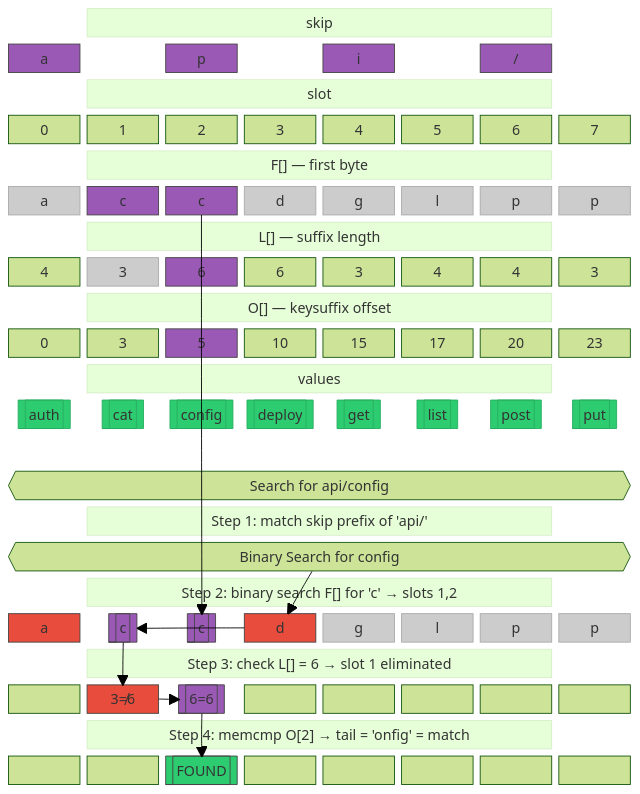
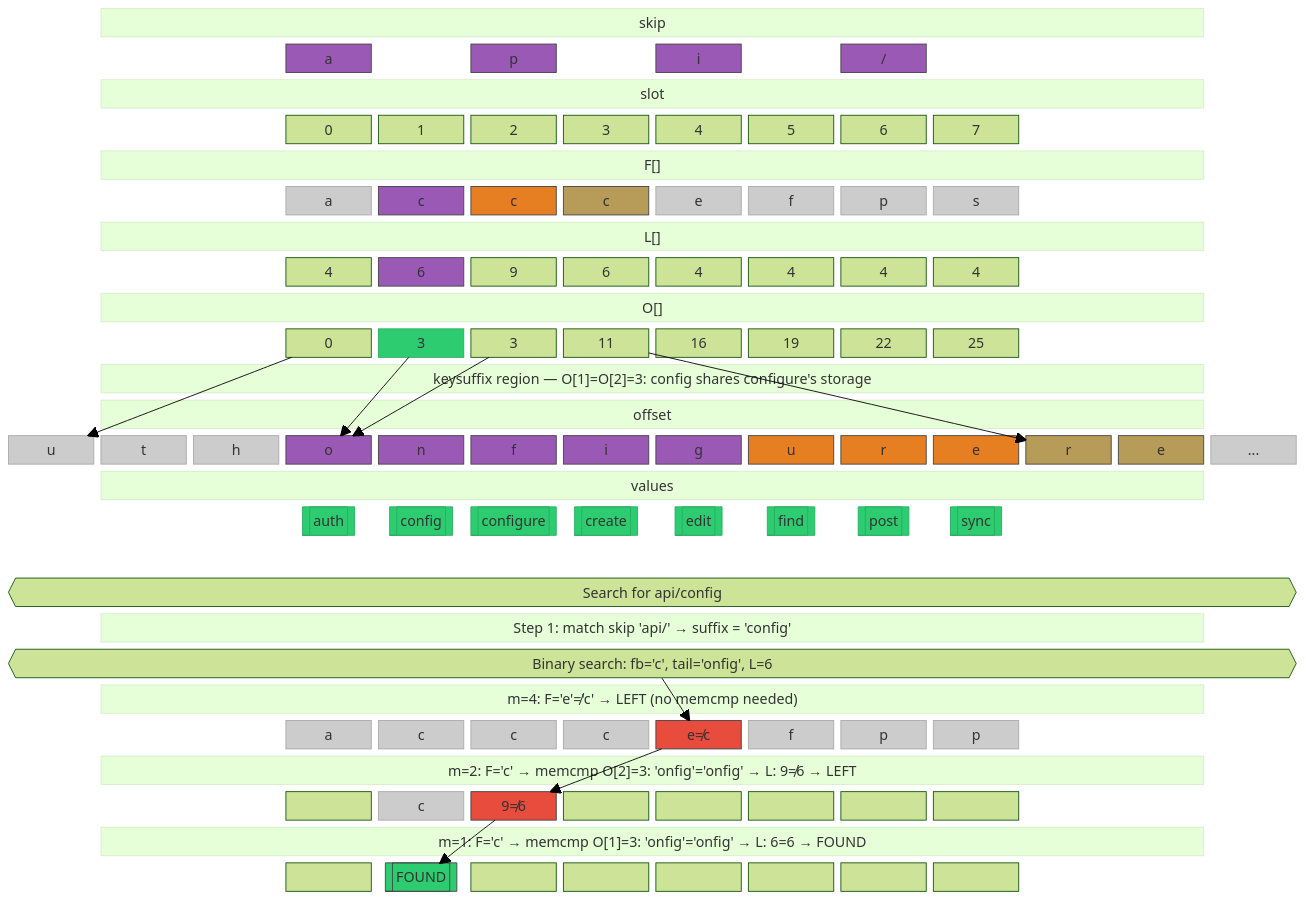
One commit to glennteitelbaum/KTRIE changed diagram 15 of 15 in ktrie.md. Above: the diagram before and after it, drawn with Mermaid (forest theme). The commit also changed other lines of this file, not shown here.

````diff
--- a/ktrie.md
+++ b/ktrie.md
@@ -1759,108 +1759,121 @@
 ```mermaid
 block
-  columns 8
+  columns 14
 
   space
-  block:skip_title("skip"):6
+  block:skip_title("skip"):12
     space
   end
   space
-  k0["a"] space k1["p"] space k2["i"] space k3["/"] space
+  space space space sk0["a"] space sk1["p"] space sk2["i"] space sk3["/"] space space space space
 
   space
-  block:slot_title("slot"):6
+  block:slot_title("slot"):12
     space
   end
   space
-  s0["0"] s1["1"] s2["2"] s3["3"] s4["4"] s5["5"] s6["6"] s7["7"]
+  space space space s0["0"] s1["1"] s2["2"] s3["3"] s4["4"] s5["5"] s6["6"] s7["7"] space space space
 
   space
-  block:f_title("F[] — first byte"):6
+  block:f_title("F[]"):12
     space
   end
   space
-  f0["a"] f1["c"] f2["c"] f3["d"] f4["g"] f5["l"] f6["p"] f7["p"]
+  space space space f0["a"] f1["c"] f2["c"] f3["c"] f4["e"] f5["f"] f6["p"] f7["s"] space space space
 
   space
-  block:l_title("L[] — suffix length"):6
+  block:l_title("L[]"):12
     space
   end
   space
-  l0["4"] l1["3"] l2["6"] l3["6"] l4["3"] l5["4"] l6["4"] l7["3"]
+  space space space l0["4"] l1["6"] l2["9"] l3["6"] l4["4"] l5["4"] l6["4"] l7["4"] space space space
 
   space
-  block:o_title("O[] — keysuffix offset"):6
+  block:o_title("O[]"):12
     space
   end
   space
-  o0["0"] o1["3"] o2["5"] o3["10"] o4["15"] o5["17"] o6["20"] o7["23"]
+  space space space o0["0"] o1["3"] o2["3"] o3["11"] o4["16"] o5["19"] o6["22"] o7["25"] space space space
 
   space
-  block:v_title("values"):6
-    space
-  end
-  space
-  v0[["auth"]] v1[["cat"]] v2[["config"]] v3[["deploy"]] v4[["get"]] v5[["list"]] v6[["post"]] v7[["put"]]
-
-  space:8
-
-  strt{{"Search for api/config"}}:8
-
-  space
-  block:skipped_title("Step 1: match skip prefix of 'api/'"):6
+  block:ks_title("keysuffix region — O[1]=O[2]=3: config shares configure's storage"):12
     space
   end
   space
 
-  srch{{"Binary Search for config"}}:8
+    space
+    block:ks_hdr("offset"):12
+      space
+    end
+    space
+    ks0["u"] ks1["t"] ks2["h"] ks3["o"] ks4["n"] ks5["f"] ks6["i"] ks7["g"] ks8["u"] ks9["r"] ks10["e"] ks11["r"] ks12["e"] ks13["..."]
 
-  space
-  block:step1_title("Step 2: binary search F[] for 'c' → slots 1,2"):6
+    space
+  block:v_title("values"):12
     space
   end
   space
-  e1_0["a"] e1_1[["c"]] e1_2[["c"]] e1_3["d"] e1_4["g"] e1_5["l"] e1_6["p"] e1_7["p"]
+  space space space v0[["auth"]] v1[["config"]] v2[["configure"]] v3[["create"]] v4[["edit"]] v5[["find"]] v6[["post"]] v7[["sync"]] space space space
+
+  space:14
+
+  strt{{"Search for api/config"}}:14
 
   space
-  block:step2_title("Step 3: check L[] = 6 → slot 1 eliminated"):6
+  block:skipped_title("Step 1: match skip 'api/' → suffix = 'config'"):12
     space
   end
   space
-  e2_0[" "] e2_1["3≠6"] e2_2[["6=6"]] e2_3[" "] e2_4[" "] e2_5[" "] e2_6[" "] e2_7[" "]
+
+  srch{{"Binary search: fb='c', tail='onfig', L=6"}}:14
 
   space
-  block:step3_title("Step 4: memcmp O[2] → tail = 'onfig' = match"):6
+  block:step1_title("m=4: F='e'≠'c' → LEFT (no memcmp needed)"):12
     space
   end
   space
-  e3_0[" "] e3_1[" "] e3_2[["FOUND"]] e3_3[" "] e3_4[" "] e3_5[" "] e3_6[" "] e3_7[" "]
+  space space space e1_0["a"] e1_1["c"] e1_2["c"] e1_3["c"] e1_4["e≠c"] e1_5["f"] e1_6["p"] e1_7["p"] space space space
 
-  f2 --> e1_2
+  space
+  block:step2_title("m=2: F='c' → memcmp O[2]=3: 'onfig'='onfig' → L: 9≠6 → LEFT"):12
+    space
+  end
+  space
+  space space space e2_0[" "] e2_1["c"] e2_2["9≠6"] e2_3[" "] e2_4[" "] e2_5[" "] e2_6[" "] e2_7[" "] space space space
 
-  srch --> e1_3
-  e1_3 --> e1_1
-  e1_1 --> e2_1
-  e2_1 --> e2_2
-  e2_2 --> e3_2
+  space
+  block:step3_title("m=1: F='c' → memcmp O[1]=3: 'onfig'='onfig' → L: 6=6 → FOUND"):12
+    space
+  end
+  space
+  space space space e3_0[" "] e3_1[["FOUND"]] e3_2[" "] e3_3[" "] e3_4[" "] e3_5[" "] e3_6[" "] e3_7[" "] space space space
 
-  style k0 fill:#9b59b6,color:#fff,stroke:#444444
-  style k1 fill:#9b59b6,color:#fff,stroke:#444444
-  style k2 fill:#9b59b6,color:#fff,stroke:#444444
-  style k3 fill:#9b59b6,color:#fff,stroke:#444444
+  srch --> e1_4
+  e1_4 --> e2_2
+  e2_2 --> e3_1
+
+  o0 --> ks0
+  o1 --> ks3
+  o2 --> ks3
+  o3 --> ks11
+
+  style sk0 fill:#9b59b6,color:#fff,stroke:#444444
+  style sk1 fill:#9b59b6,color:#fff,stroke:#444444
+  style sk2 fill:#9b59b6,color:#fff,stroke:#444444
+  style sk3 fill:#9b59b6,color:#fff,stroke:#444444
 
   style f0 fill:#ccc,color:#666,stroke:#aaa
   style f1 fill:#9b59b6,color:#fff,stroke:#444444
-  style f2 fill:#9b59b6,color:#fff,stroke:#444444
-  style f3 fill:#ccc,color:#666,stroke:#aaa
+  style f2 fill:#e67e22,color:#fff,stroke:#444444
+  style f3 fill:#b69b59,color:#fff,stroke:#444444
   style f4 fill:#ccc,color:#666,stroke:#aaa
   style f5 fill:#ccc,color:#666,stroke:#aaa
   style f6 fill:#ccc,color:#666,stroke:#aaa
   style f7 fill:#ccc,color:#666,stroke:#aaa
 
-  style l1 fill:#ccc,color:#666,stroke:#aaa
-  style l2 fill:#9b59b6,color:#fff,stroke:#444444
+  style l1 fill:#9b59b6,color:#fff,stroke:#444444
 
-  style o2 fill:#9b59b6,color:#fff,stroke:#444444
+  style o1 fill:#2ecc71,color:#fff,stroke:#27ae60
 
   style v0 fill:#2ecc71,color:#fff,stroke:#27ae60
   style v1 fill:#2ecc71,color:#fff,stroke:#27ae60
@@ -1871,17 +1884,32 @@
   style v6 fill:#2ecc71,color:#fff,stroke:#27ae60
   style v7 fill:#2ecc71,color:#fff,stroke:#27ae60
 
-  style e1_0 fill:#e74c3c,color:#fff,stroke:#444444
-  style e1_1 fill:#9b59b6,color:#fff,stroke:#444444
-  style e1_2 fill:#9b59b6,color:#fff,stroke:#444444
-  style e1_3 fill:#e74c3c,color:#fff,stroke:#444444
-  style e1_4 fill:#ccc,color:#666,stroke:#aaa
+  style ks0 fill:#ccc,color:#666,stroke:#aaa
+  style ks1 fill:#ccc,color:#666,stroke:#aaa
+  style ks2 fill:#ccc,color:#666,stroke:#aaa
+  style ks3 fill:#9b59b6,color:#fff,stroke:#444444
+  style ks4 fill:#9b59b6,color:#fff,stroke:#444444
+  style ks5 fill:#9b59b6,color:#fff,stroke:#444444
+  style ks6 fill:#9b59b6,color:#fff,stroke:#444444
+  style ks7 fill:#9b59b6,color:#fff,stroke:#444444
+  style ks8 fill:#e67e22,color:#fff,stroke:#444444
+  style ks9 fill:#e67e22,color:#fff,stroke:#444444
+  style ks10 fill:#e67e22,color:#fff,stroke:#444444
+  style ks11 fill:#b69b59,color:#fff,stroke:#444444
+  style ks12 fill:#b69b59,color:#fff,stroke:#444444
+  style ks13 fill:#ccc,color:#666,stroke:#aaa
+
+  style e1_0 fill:#ccc,color:#666,stroke:#aaa
+  style e1_1 fill:#ccc,color:#666,stroke:#aaa
+  style e1_2 fill:#ccc,color:#666,stroke:#aaa
+  style e1_3 fill:#ccc,color:#666,stroke:#aaa
+  style e1_4 fill:#e74c3c,color:#fff,stroke:#444444
   style e1_5 fill:#ccc,color:#666,stroke:#aaa
   style e1_6 fill:#ccc,color:#666,stroke:#aaa
   style e1_7 fill:#ccc,color:#666,stroke:#aaa
 
-  style e2_1 fill:#e74c3c,color:#fff,stroke:#444444
-  style e2_2 fill:#9b59b6,color:#fff,stroke:#444444
+  style e2_1 fill:#ccc,color:#666,stroke:#aaa
+  style e2_2 fill:#e74c3c,color:#fff,stroke:#444444
 
-  style e3_2 fill:#2ecc71,color:#fff,stroke:#444444
+  style e3_1 fill:#2ecc71,color:#fff,stroke:#444444
 ```
````
